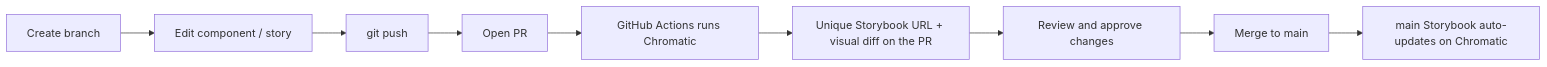
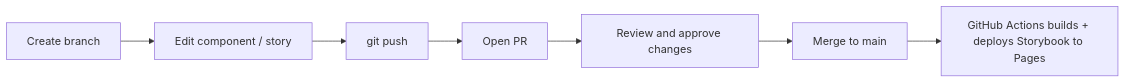
The diagram in README.md (antinolabs/design-system), drawn with Mermaid before and after one commit. The commit also changed other lines of this file and 4 other files, not shown here.

````diff
--- a/README.md
+++ b/README.md
@@ -74,11 +69,9 @@
 ```mermaid
 flowchart LR
   branch[Create branch] --> edit[Edit component / story]
   edit --> push[git push]
   push --> pr[Open PR]
-  pr --> ci[GitHub Actions runs Chromatic]
-  ci --> preview[Unique Storybook URL + visual diff on the PR]
-  preview --> review[Review and approve changes]
+  pr --> review[Review and approve changes]
   review --> merge[Merge to main]
-  merge --> mainci[main Storybook auto-updates on Chromatic]
+  merge --> deploy[GitHub Actions builds + deploys Storybook to Pages]
 ```
````
